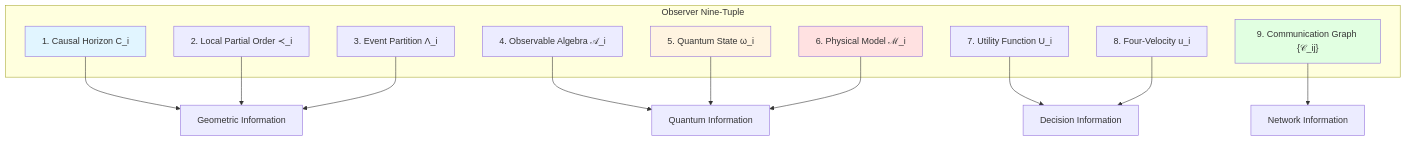
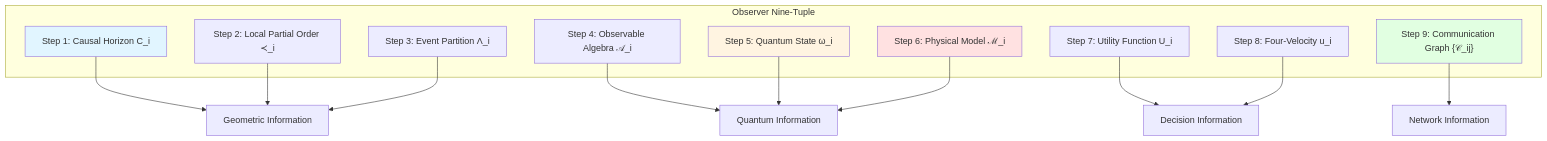
The second of 8 diagrams in docs/euler-article/gls-union/07-causal-structure/06-observer-consensus_en.md (loning/zeckendorf-hilbert), drawn with Mermaid before and after one commit. The commit also changed 26 other files, not shown here.

````diff
--- a/docs/euler-article/gls-union/07-causal-structure/06-observer-consensus_en.md
+++ b/docs/euler-article/gls-union/07-causal-structure/06-observer-consensus_en.md
@@ -164,32 +164,32 @@
 ```mermaid
 graph TB
     subgraph "Observer Nine-Tuple"
-        CI["1. Causal Horizon C_i"]
-        PREC["2. Local Partial Order ≺_i"]
-        LAMBDA["3. Event Partition Λ_i"]
-        ALG["4. Observable Algebra 𝒜_i"]
-        STATE["5. Quantum State ω_i"]
-        MODEL["6. Physical Model ℳ_i"]
-        UTIL["7. Utility Function U_i"]
-        VEL["8. Four-Velocity u_i"]
-        COM["9. Communication Graph {𝒞_ij}"]
+        CI["Step 1: Causal Horizon C_i"]
+        PREC["Step 2: Local Partial Order ≺_i"]
+        LAMBDA["Step 3: Event Partition Λ_i"]
+        ALG["Step 4: Observable Algebra 𝒜_i"]
+        STATE["Step 5: Quantum State ω_i"]
+        MODEL["Step 6: Physical Model ℳ_i"]
+        UTIL["Step 7: Utility Function U_i"]
+        VEL["Step 8: Four-Velocity u_i"]
+        COM["Step 9: Communication Graph {𝒞_ij}"]
     end
 
     CI --> GEO["Geometric Information"]
     PREC --> GEO
     LAMBDA --> GEO
 
     ALG --> QM["Quantum Information"]
     STATE --> QM
     MODEL --> QM
 
     UTIL --> DEC["Decision Information"]
     VEL --> DEC
 
     COM --> NET["Network Information"]
 
     style CI fill:#e1f5ff
     style STATE fill:#fff4e1
     style MODEL fill:#ffe1e1
     style COM fill:#e1ffe1
 ```
````
